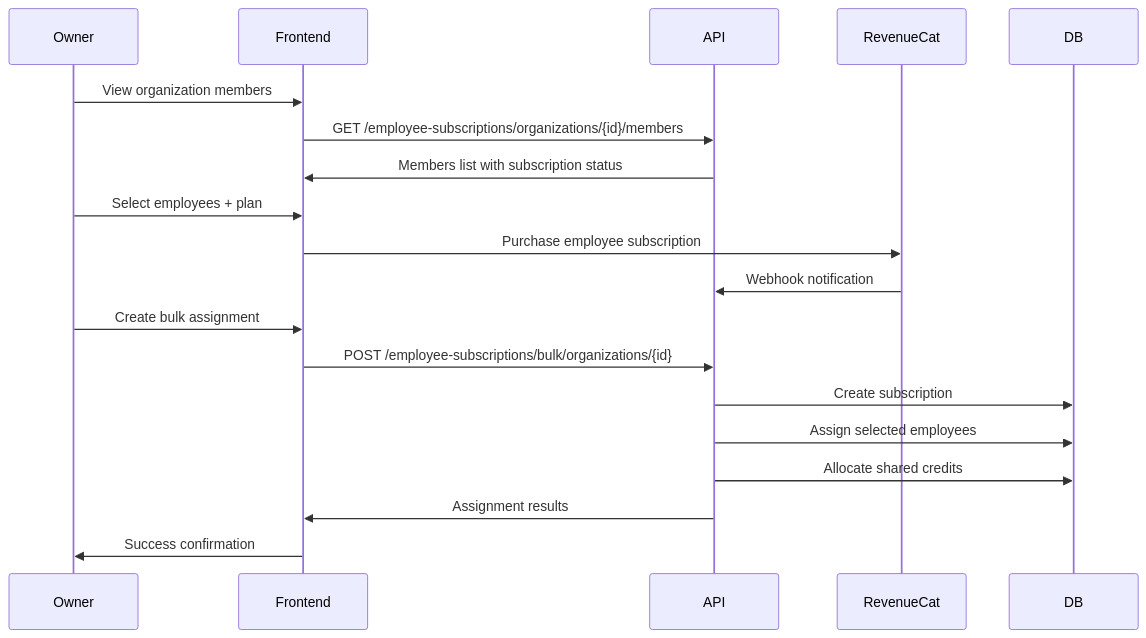
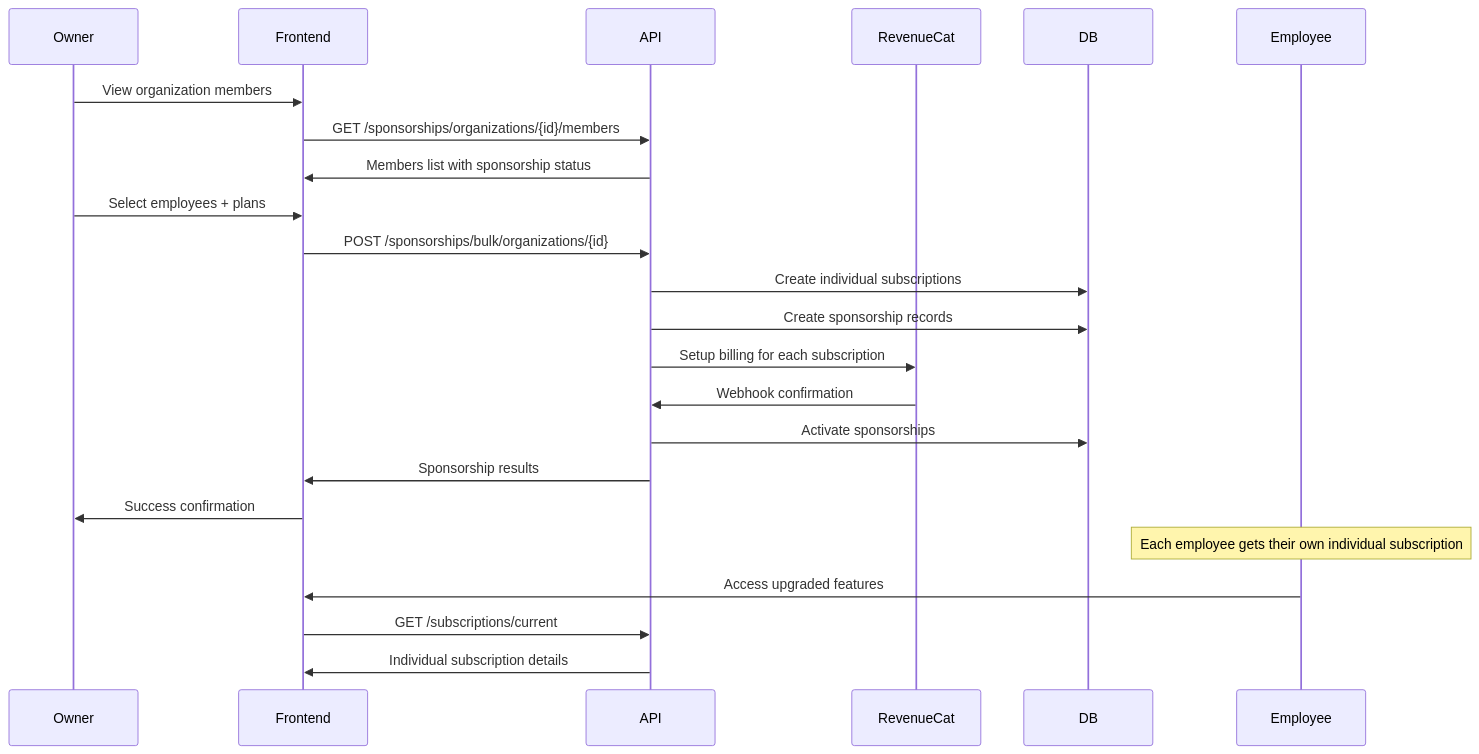
Before and after one commit to amird308/woocer: the second of 3 diagrams in docs/SUBSCRIPTION_AND_EMPLOYEE_FLOW.md, drawn with Mermaid. The commit also changed other lines of this file and 9 other files, not shown here.

Commit message:
refactor: remove employee subscription system and related files

````diff
--- a/docs/SUBSCRIPTION_AND_EMPLOYEE_FLOW.md
+++ b/docs/SUBSCRIPTION_AND_EMPLOYEE_FLOW.md
@@ -135,24 +92,29 @@
 ```mermaid
 sequenceDiagram
     participant Owner
     participant Frontend
     participant API
     participant RevenueCat
     participant DB
+    participant Employee
     
     Owner->>Frontend: View organization members
-    Frontend->>API: GET /employee-subscriptions/organizations/{id}/members
-    API->>Frontend: Members list with subscription status
+    Frontend->>API: GET /sponsorships/organizations/{id}/members
+    API->>Frontend: Members list with sponsorship status
     
-    Owner->>Frontend: Select employees + plan
-    Frontend->>RevenueCat: Purchase employee subscription
-    RevenueCat->>API: Webhook notification
+    Owner->>Frontend: Select employees + plans
+    Frontend->>API: POST /sponsorships/bulk/organizations/{id}
+    API->>DB: Create individual subscriptions
+    API->>DB: Create sponsorship records
+    API->>RevenueCat: Setup billing for each subscription
     
-    Owner->>Frontend: Create bulk assignment
-    Frontend->>API: POST /employee-subscriptions/bulk/organizations/{id}
-    API->>DB: Create subscription
-    API->>DB: Assign selected employees
-    API->>DB: Allocate shared credits
-    API->>Frontend: Assignment results
+    RevenueCat->>API: Webhook confirmation
+    API->>DB: Activate sponsorships
+    API->>Frontend: Sponsorship results
     Frontend->>Owner: Success confirmation
+    
+    Note over Employee: Each employee gets their own individual subscription
+    Employee->>Frontend: Access upgraded features
+    Frontend->>API: GET /subscriptions/current
+    API->>Frontend: Individual subscription details
 ```
````
